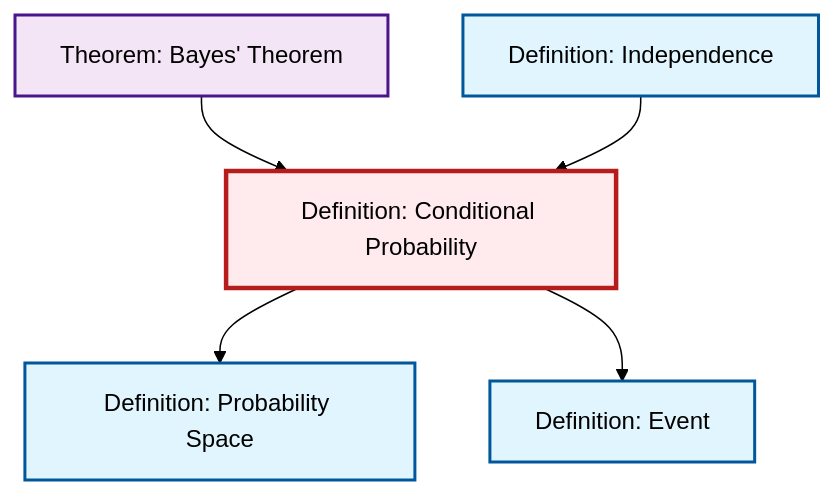
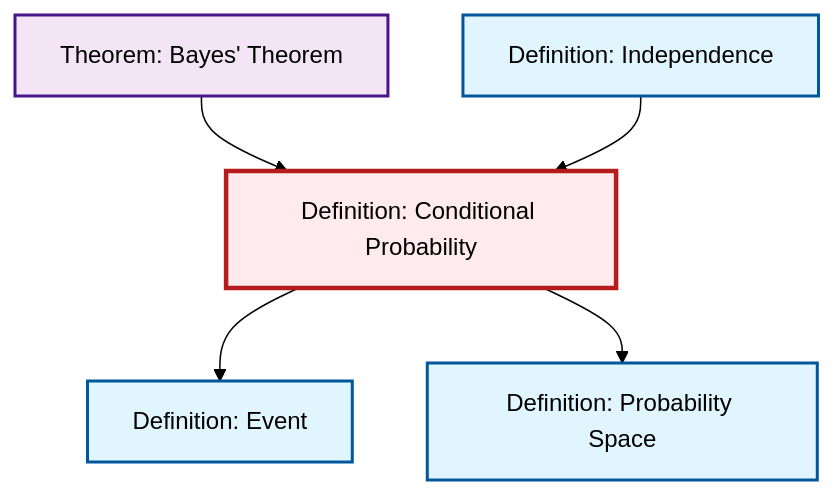
Before and after one commit to RK0429/ModernMath: the diagram in content/ja/probability-statistics/def-conditional-probability.qmd, drawn with Mermaid (forest theme). The commit also changed other lines of this file and 597 other files, not shown here.

````diff
--- a/content/ja/probability-statistics/def-conditional-probability.qmd
+++ b/content/ja/probability-statistics/def-conditional-probability.qmd
@@ -70,23 +70,23 @@
 ```{mermaid}
 %%| fig-cap: "Local dependency graph"
 graph TD
     classDef definition fill:#e1f5fe,stroke:#01579b,stroke-width:2px
     classDef theorem fill:#f3e5f5,stroke:#4a148c,stroke-width:2px
     classDef axiom fill:#fff3e0,stroke:#e65100,stroke-width:2px
     classDef example fill:#e8f5e9,stroke:#1b5e20,stroke-width:2px
     classDef current fill:#ffebee,stroke:#b71c1c,stroke-width:3px
+    thm-bayes["Theorem: Bayes' Theorem"]:::theorem
     def-probability-space["Definition: Probability Space"]:::definition
+    def-conditional-probability["Definition: Conditional Probability"]:::definition
     def-independence["Definition: Independence"]:::definition
-    thm-bayes["Theorem: Bayes' Theorem"]:::theorem
     def-event["Definition: Event"]:::definition
-    def-conditional-probability["Definition: Conditional Probability"]:::definition
+    def-conditional-probability --> def-event
+    thm-bayes --> def-conditional-probability
     def-conditional-probability --> def-probability-space
-    thm-bayes --> def-conditional-probability
-    def-conditional-probability --> def-event
     def-independence --> def-conditional-probability
     class def-conditional-probability current
+    click thm-bayes "thm-bayes.html" "Theorem: Bayes' Theoremへ"
     click def-probability-space "def-probability-space.html" "Definition: Probability Spaceへ"
     click def-independence "def-independence.html" "Definition: Independenceへ"
-    click thm-bayes "thm-bayes.html" "Theorem: Bayes' Theoremへ"
     click def-event "def-event.html" "Definition: Eventへ"
 ```
````
